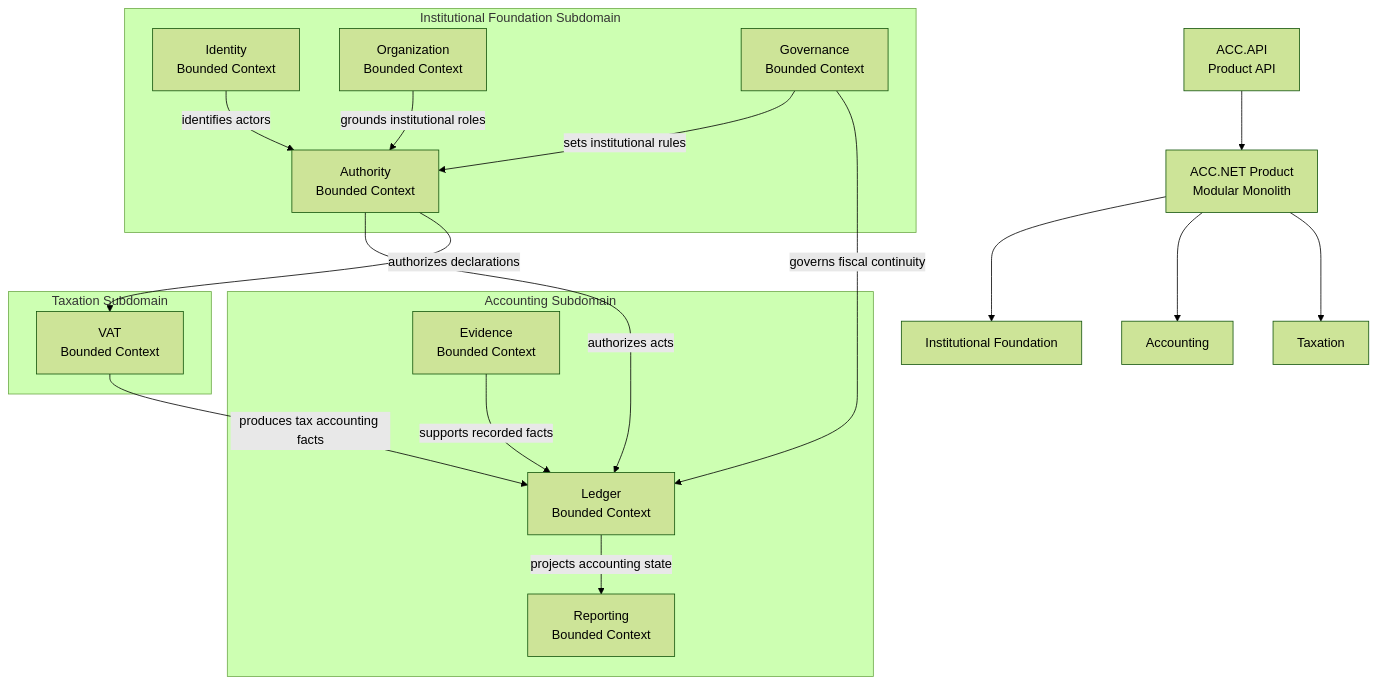
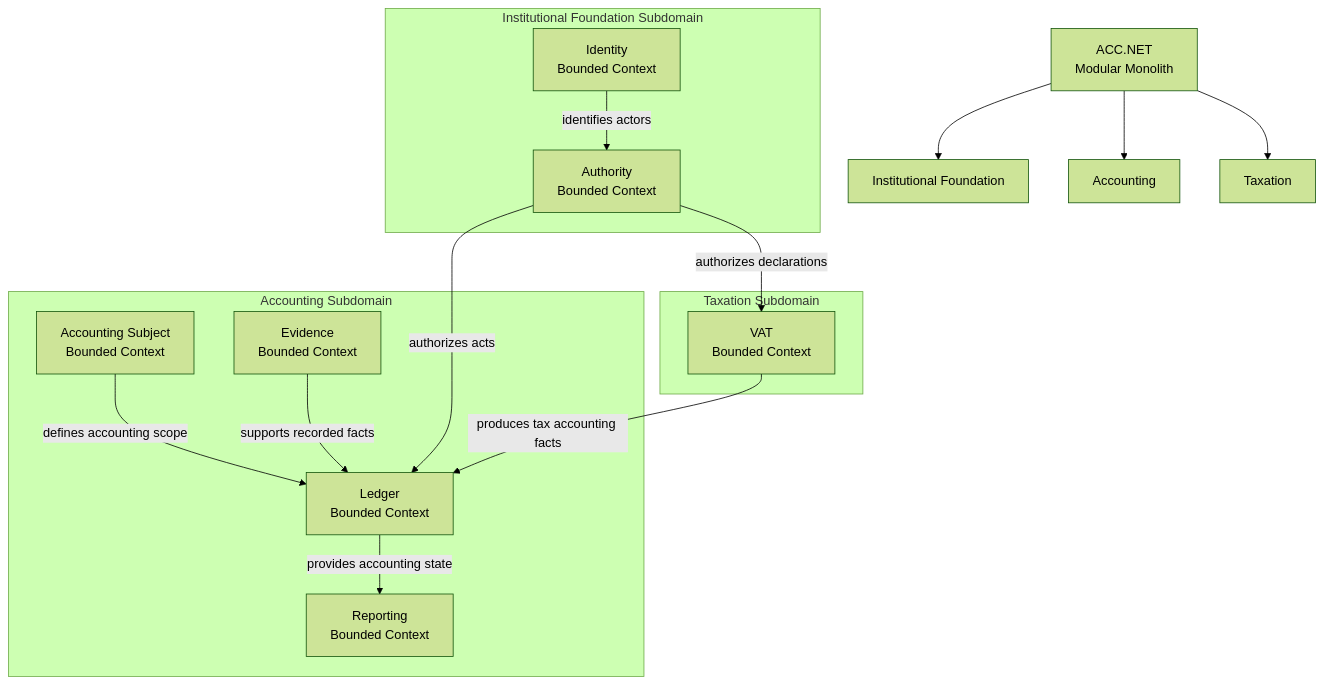
One commit to runemalm/acc-dotnet changed the diagram in README.md. Above: the diagram before and after it, drawn with Mermaid (forest theme). The commit also changed other lines of this file and 155 other files, not shown here.

Commit message:
Start implementation of initial modules and establish architectural patterns.

````diff
--- a/README.md
+++ b/README.md
@@ -32,37 +20,32 @@
 ```mermaid
 flowchart TB
-    API["ACC.API\nProduct API"]
-    Product["ACC.NET Product\nModular Monolith"]
+    Product["ACC.NET\nModular Monolith"]
 
-    API --> Product
     Product --> InstitutionalFoundation["Institutional Foundation"]
     Product --> Accounting["Accounting"]
     Product --> Taxation["Taxation"]
 
     subgraph IF["Institutional Foundation Subdomain"]
         Identity["Identity\nBounded Context"]
-        Organization["Organization\nBounded Context"]
         Authority["Authority\nBounded Context"]
-        Governance["Governance\nBounded Context"]
     end
 
     subgraph AC["Accounting Subdomain"]
+        AccountingSubject["Accounting Subject\nBounded Context"]
         Ledger["Ledger\nBounded Context"]
         Evidence["Evidence\nBounded Context"]
         Reporting["Reporting\nBounded Context"]
     end
 
     subgraph TX["Taxation Subdomain"]
         VAT["VAT\nBounded Context"]
     end
 
     Evidence -->|supports recorded facts| Ledger
-    Ledger -->|projects accounting state| Reporting
+    Ledger -->|provides accounting state| Reporting
     VAT -->|produces tax accounting facts| Ledger
+    AccountingSubject -->|defines accounting scope| Ledger
     Identity -->|identifies actors| Authority
-    Organization -->|grounds institutional roles| Authority
-    Governance -->|sets institutional rules| Authority
-    Governance -->|governs fiscal continuity| Ledger
     Authority -->|authorizes acts| Ledger
     Authority -->|authorizes declarations| VAT
 ```
````
